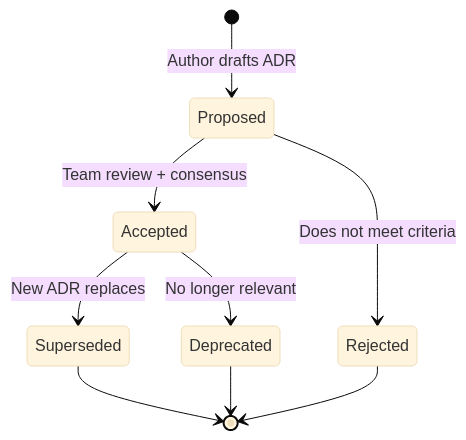
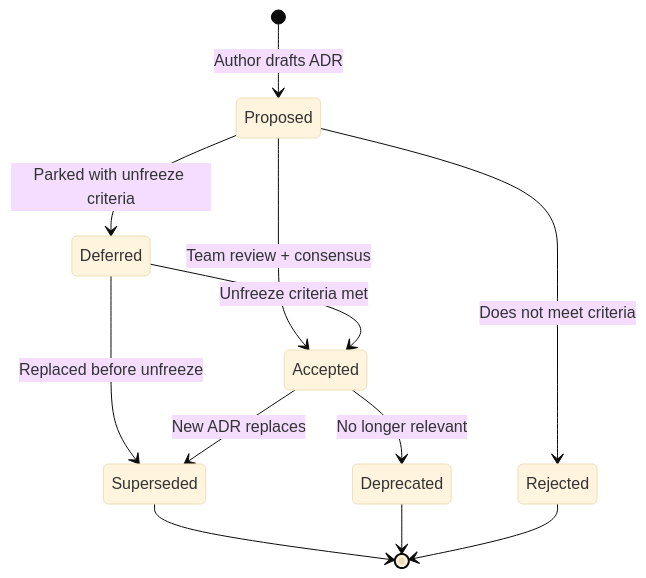
The second of 2 diagrams in docs/adr/README.md (DreamLab-AI/dreamlab-ai-website), drawn with Mermaid (base theme) before and after one commit. The commit also changed other lines of this file and 4 other files, not shown here.

````diff
--- a/docs/adr/README.md
+++ b/docs/adr/README.md
@@ -80,11 +80,14 @@
 ```mermaid
 stateDiagram-v2
     [*] --> Proposed : Author drafts ADR
     Proposed --> Accepted : Team review + consensus
     Proposed --> Rejected : Does not meet criteria
+    Proposed --> Deferred : Parked with unfreeze criteria
+    Deferred --> Accepted : Unfreeze criteria met
+    Deferred --> Superseded : Replaced before unfreeze
     Accepted --> Superseded : New ADR replaces
     Accepted --> Deprecated : No longer relevant
     Superseded --> [*]
     Deprecated --> [*]
     Rejected --> [*]
 ```
````
